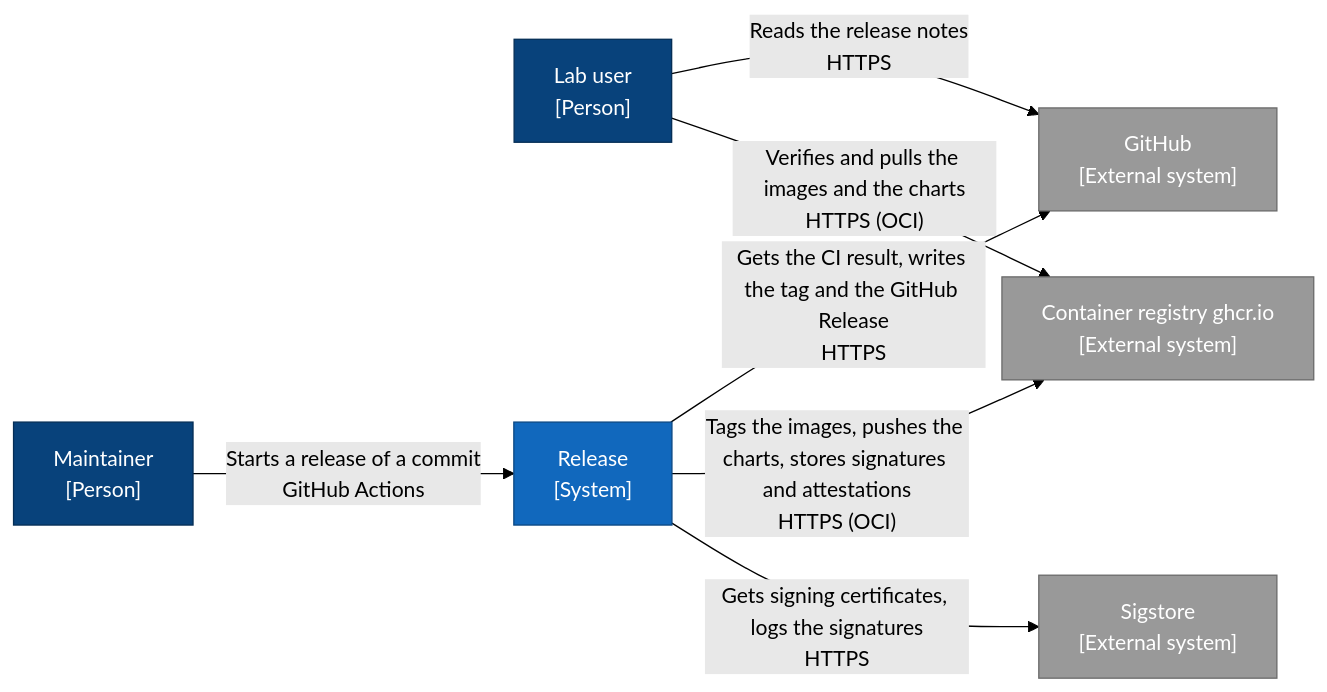
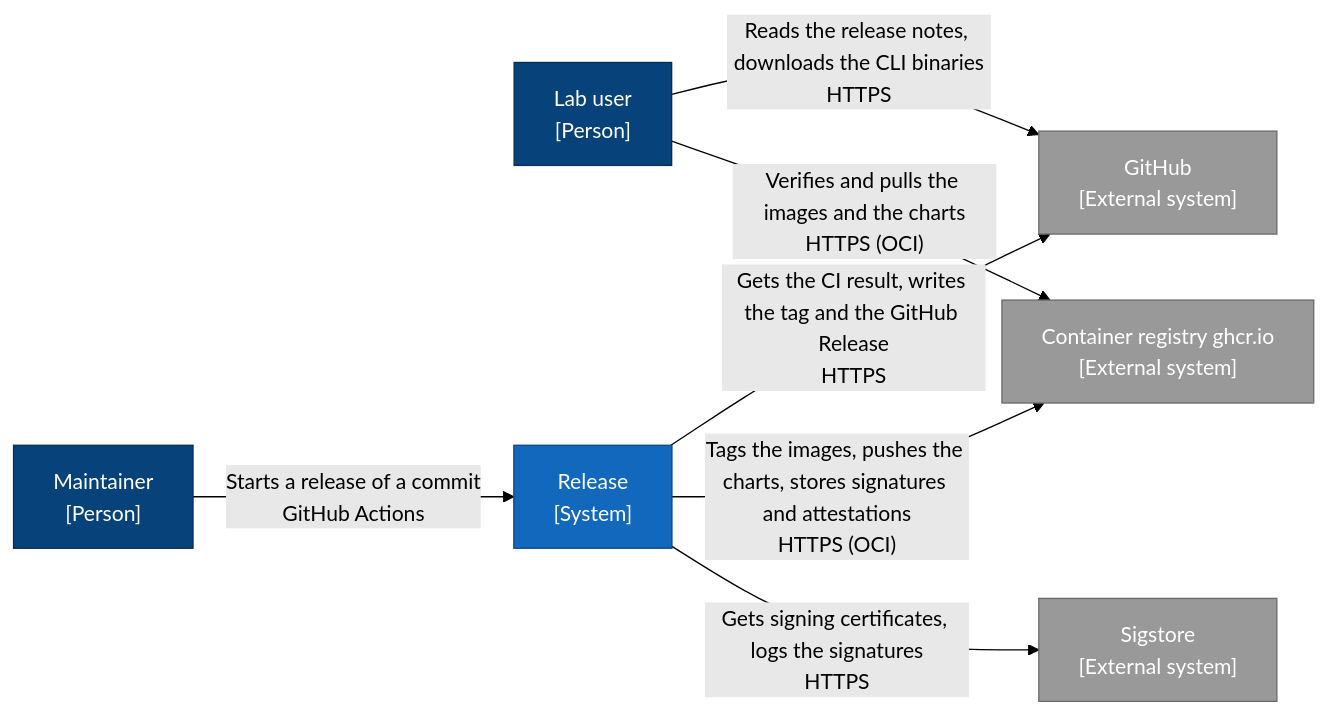
The diagram in tools/release/DESIGN.md (lukemundy/cdr-lab), drawn with Mermaid (forest theme) before and after one commit. The commit also changed other lines of this file and 8 other files, not shown here.

````diff
--- a/tools/release/DESIGN.md
+++ b/tools/release/DESIGN.md
@@ -7,23 +7,23 @@
 ```mermaid
 flowchart LR
   maintainer["Maintainer<br>[Person]"]
   labuser["Lab user<br>[Person]"]
   release["Release<br>[System]"]
   github["GitHub<br>[External system]"]
   registry["Container registry ghcr.io<br>[External system]"]
   sigstore["Sigstore<br>[External system]"]
 
   maintainer -- "Starts a release of a commit<br>GitHub Actions" --> release
   release -- "Gets the CI result, writes the tag and the GitHub Release<br>HTTPS" --> github
   release -- "Tags the images, pushes the charts, stores signatures and attestations<br>HTTPS (OCI)" --> registry
   release -- "Gets signing certificates, logs the signatures<br>HTTPS" --> sigstore
-  labuser -- "Reads the release notes<br>HTTPS" --> github
+  labuser -- "Reads the release notes, downloads the CLI binaries<br>HTTPS" --> github
   labuser -- "Verifies and pulls the images and the charts<br>HTTPS (OCI)" --> registry
 
   classDef person fill:#08427b,color:#fff,stroke:#052e56
   classDef system fill:#1168bd,color:#fff,stroke:#0b4884
   classDef external fill:#999,color:#fff,stroke:#6b6b6b
   class maintainer,labuser person
   class release system
   class github,registry,sigstore external
 ```
````
